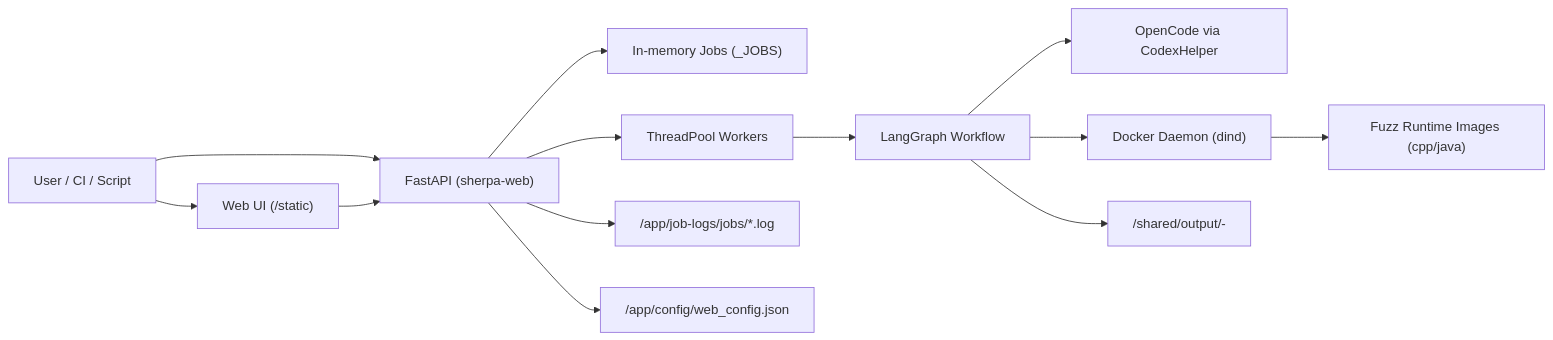
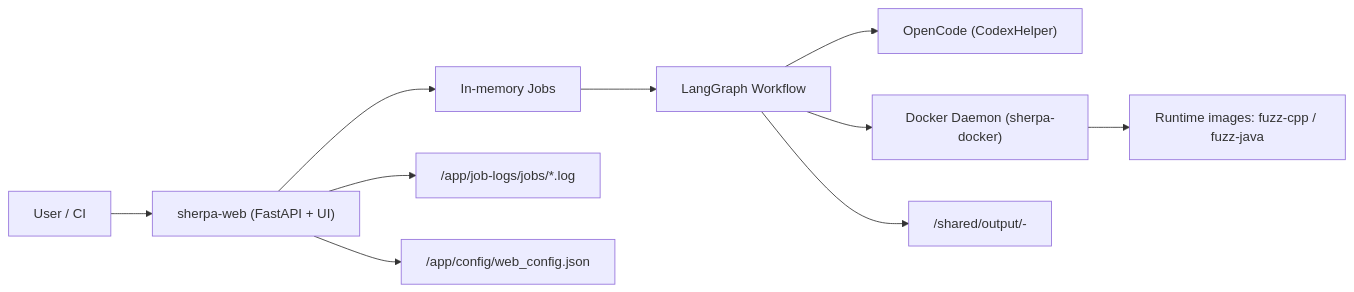
The first of 2 diagrams in README.md (ZUENS2020/Sherpa), drawn with Mermaid before and after one commit. The commit also changed other lines of this file and 12 other files, not shown here.

````diff
--- a/README.md
+++ b/README.md
@@ -45,18 +24,12 @@
 ```mermaid
 flowchart LR
-  User["User / CI / Script"] --> UI["Web UI (/static)"]
-  User --> API["FastAPI (sherpa-web)"]
-  UI --> API
-
-  API --> Jobs["In-memory Jobs (_JOBS)"]
-  API --> Worker["ThreadPool Workers"]
-  Worker --> WF["LangGraph Workflow"]
-
-  WF --> OC["OpenCode via CodexHelper"]
-  WF --> Docker["Docker Daemon (dind)"]
-  Docker --> Runtime["Fuzz Runtime Images (cpp/java)"]
-
-  WF --> Output["/shared/output/<repo>-<id>"]
-  API --> Logs["/app/job-logs/jobs/*.log"]
-  API --> Config["/app/config/web_config.json"]
+  U["User / CI"] --> Web["sherpa-web (FastAPI + UI)"]
+  Web --> Jobs["In-memory Jobs"]
+  Jobs --> WF["LangGraph Workflow"]
+  WF --> OC["OpenCode (CodexHelper)"]
+  WF --> D["Docker Daemon (sherpa-docker)"]
+  D --> RT["Runtime images: fuzz-cpp / fuzz-java"]
+  WF --> OUT["/shared/output/<repo>-<id>"]
+  Web --> LOG["/app/job-logs/jobs/*.log"]
+  Web --> CFG["/app/config/web_config.json"]
 ```
````
